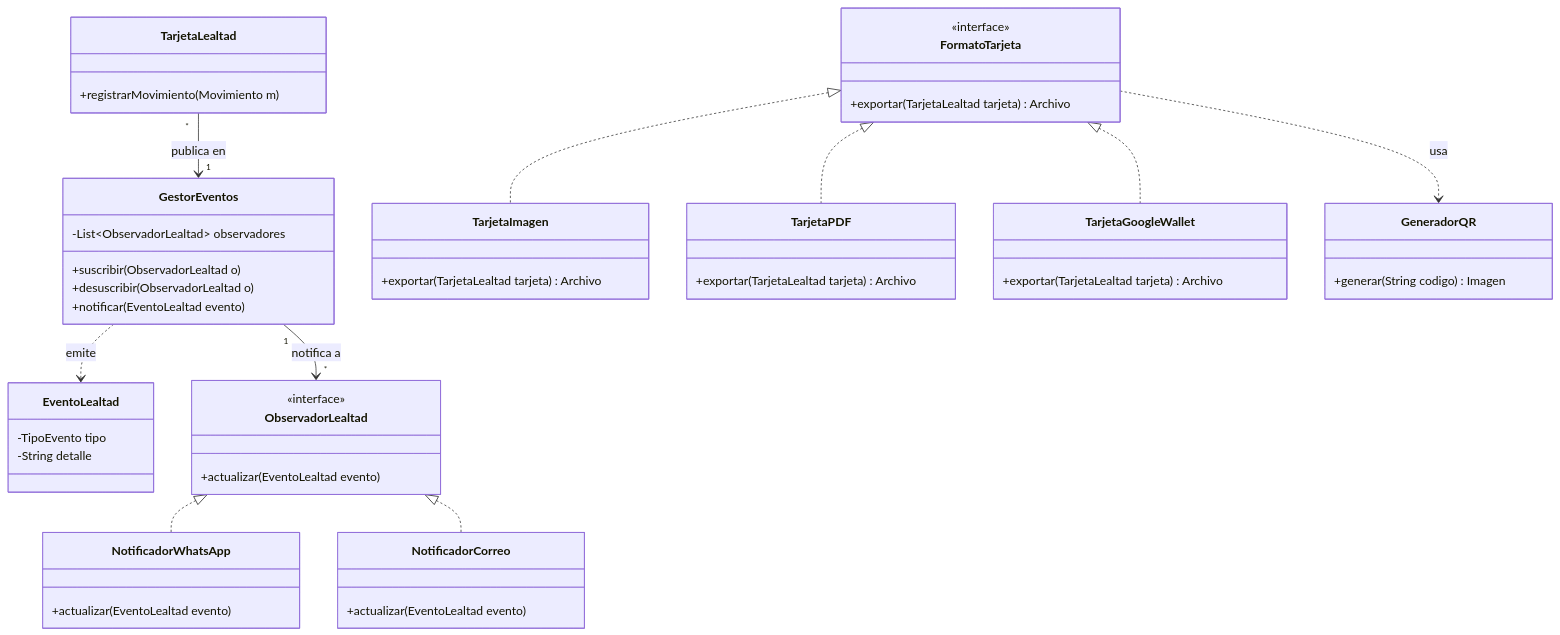
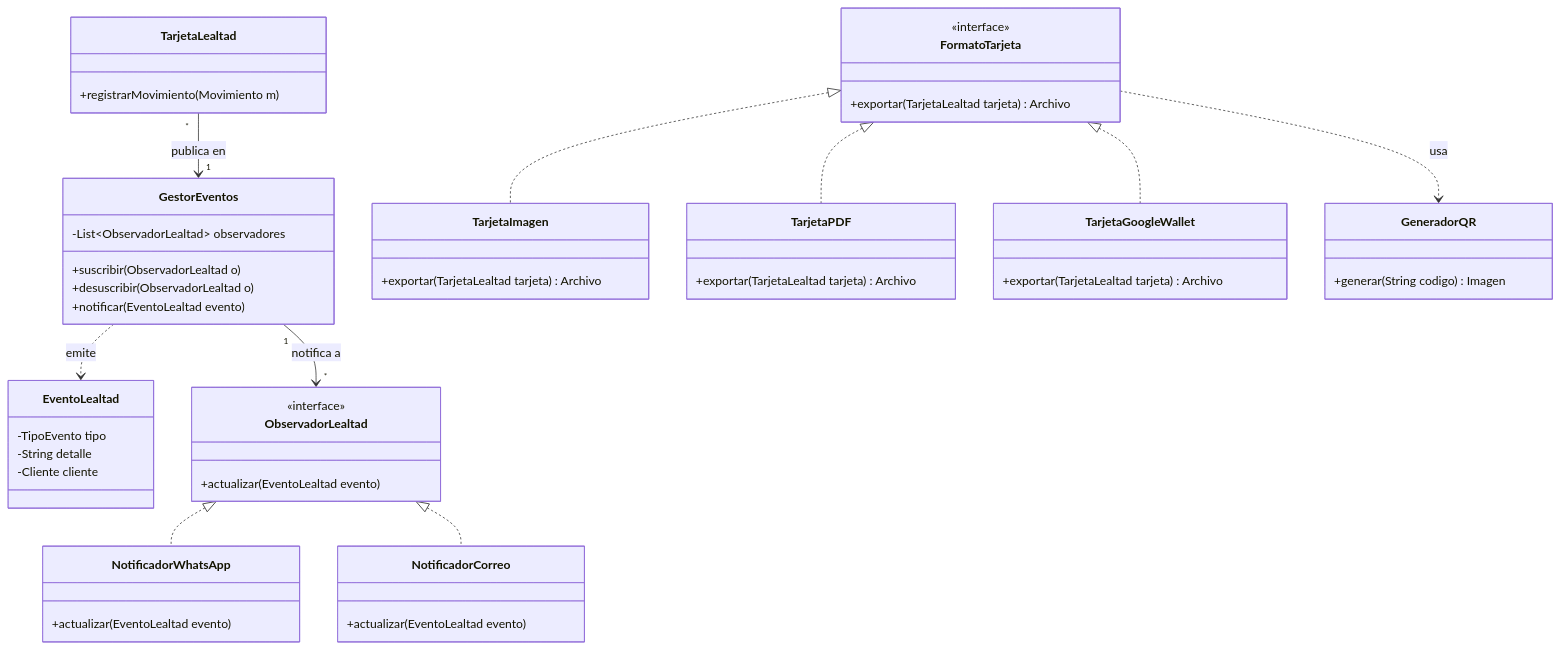
One commit to Salazarbru/loyaltyaccess changed the fifth of 6 diagrams in docs/artefactos/diagramas de clases.md. Above: the diagram before and after it, drawn with Mermaid. The commit also changed other lines of this file and 3 other files, not shown here.

Commit message:
Se hacen cambios para que todo el proyecto tenga cohesion entre diagramas UML y requisitos

````diff
--- a/docs/artefactos/diagramas de clases.md
+++ b/docs/artefactos/diagramas de clases.md
@@ -252,52 +259,53 @@
 ```mermaid
 classDiagram
     class TarjetaLealtad {
         +registrarMovimiento(Movimiento m)
     }
     class GestorEventos {
         -List~ObservadorLealtad~ observadores
         +suscribir(ObservadorLealtad o)
         +desuscribir(ObservadorLealtad o)
         +notificar(EventoLealtad evento)
     }
     class EventoLealtad {
         -TipoEvento tipo
         -String detalle
+        -Cliente cliente
     }
     class ObservadorLealtad {
         <<interface>>
         +actualizar(EventoLealtad evento)
     }
     class NotificadorWhatsApp {
         +actualizar(EventoLealtad evento)
     }
     class NotificadorCorreo {
         +actualizar(EventoLealtad evento)
     }
     class FormatoTarjeta {
         <<interface>>
         +exportar(TarjetaLealtad tarjeta) Archivo
     }
     class TarjetaImagen {
         +exportar(TarjetaLealtad tarjeta) Archivo
     }
     class TarjetaPDF {
         +exportar(TarjetaLealtad tarjeta) Archivo
     }
     class TarjetaGoogleWallet {
         +exportar(TarjetaLealtad tarjeta) Archivo
     }
     class GeneradorQR {
         +generar(String codigo) Imagen
     }
 
     TarjetaLealtad "*" --> "1" GestorEventos : publica en
     GestorEventos "1" --> "*" ObservadorLealtad : notifica a
     GestorEventos ..> EventoLealtad : emite
     ObservadorLealtad <|.. NotificadorWhatsApp
     ObservadorLealtad <|.. NotificadorCorreo
     FormatoTarjeta <|.. TarjetaImagen
     FormatoTarjeta <|.. TarjetaPDF
     FormatoTarjeta <|.. TarjetaGoogleWallet
     FormatoTarjeta ..> GeneradorQR : usa
 ```
````
